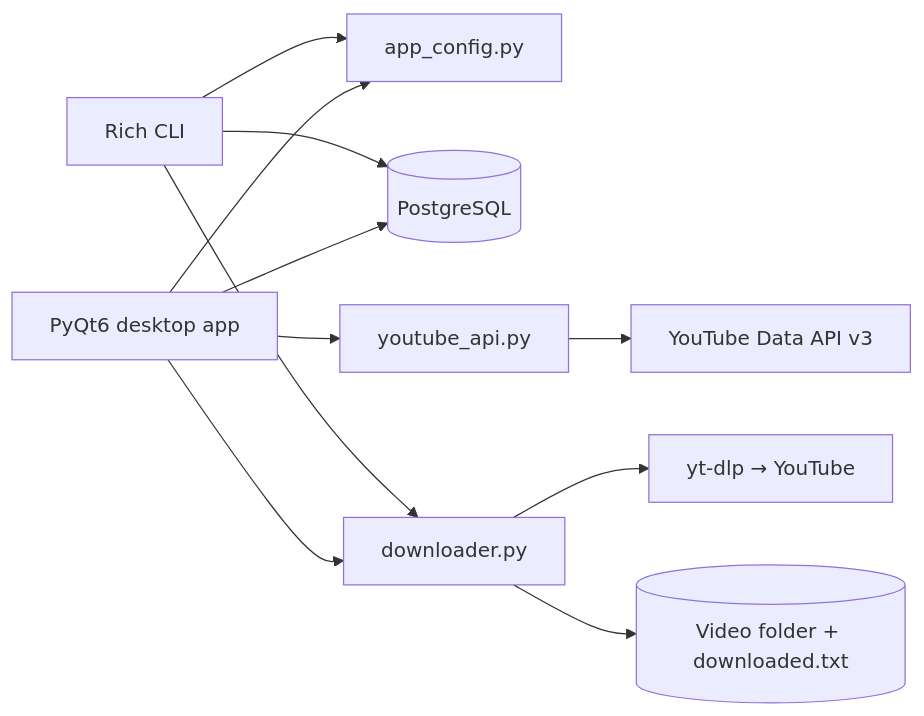
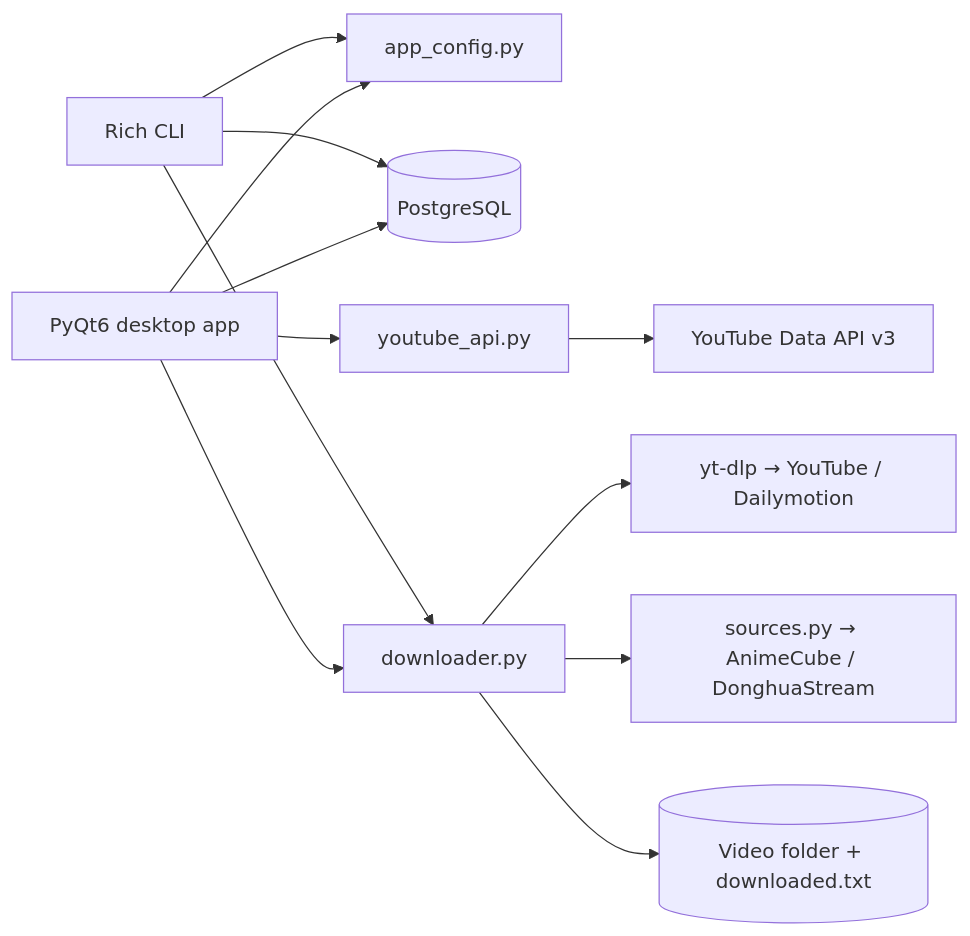
One commit to Alaric-senpai/Donghua-stream changed the diagram in README.md. Above: the diagram before and after it, drawn with Mermaid. The commit also changed other lines of this file and 16 other files, not shown here.

First line of the commit message:
feat: add AnimeCube and DonghuaStream Explore and downloads

````diff
--- a/README.md
+++ b/README.md
@@ -310,13 +317,14 @@
 ```mermaid
 flowchart LR
     GUI[PyQt6 desktop app] --> CFG[app_config.py]
     CLI[Rich CLI] --> CFG
     GUI --> DB[(PostgreSQL)]
     CLI --> DB
     GUI --> DL[downloader.py]
     CLI --> DL
-    DL --> YT[yt-dlp → YouTube]
+    DL --> YT[yt-dlp → YouTube / Dailymotion]
+    DL --> SRC[sources.py → AnimeCube / DonghuaStream]
     DL --> FS[(Video folder + downloaded.txt)]
     GUI --> API[youtube_api.py]
     API --> YTAPI[YouTube Data API v3]
 ```
````
